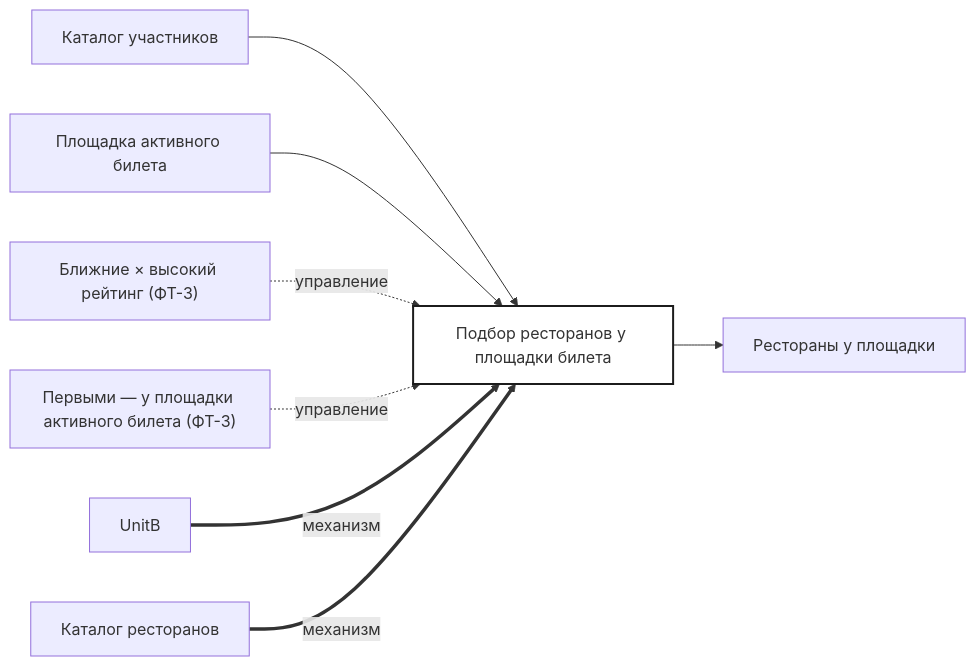
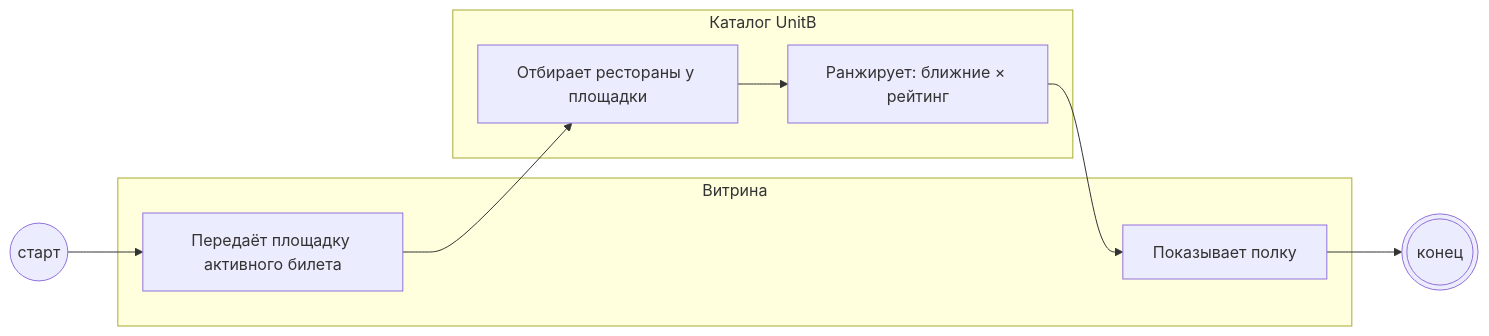
One commit to po-helper-org/poh-bft-writer changed the diagram in skills/bft-blueprint/examples/dineclub-restart-blueprint/backlog/tasks/bp-6.1 - Подбор-ресторанов-у-площадки-билета.md. Above: the diagram before and after it, drawn with Mermaid. The commit also changed other lines of this file and 60 other files, not shown here.

````diff
--- a/skills/bft-blueprint/examples/dineclub-restart-blueprint/backlog/tasks/bp-6.1 - Подбор-ресторанов-у-площадки-билета.md
+++ b/skills/bft-blueprint/examples/dineclub-restart-blueprint/backlog/tasks/bp-6.1 - Подбор-ресторанов-у-площадки-билета.md
@@ -27,12 +40,18 @@
 ```mermaid
 flowchart LR
-  A0["Подбор ресторанов у площадки билета"]
-  in1["Каталог участников"] --> A0
-  in2["Площадка активного билета"] --> A0
-  ctl1["Ближние × высокий рейтинг (ФТ-3)"] -. управление .-> A0
-  ctl2["Первыми — у площадки активного билета (ФТ-3)"] -. управление .-> A0
-  mech1["UnitB"] == механизм ==> A0
-  mech2["Каталог ресторанов"] == механизм ==> A0
-  A0 --> out1["Рестораны у площадки"]
-  style A0 fill:#fff,stroke:#1c1c1c,stroke-width:2px
+  S(("старт"))
+  subgraph L1["Витрина"]
+    N1["Передаёт площадку активного билета"]
+    N4["Показывает полку"]
+  end
+  subgraph L2["Каталог UnitB"]
+    N2["Отбирает рестораны у площадки"]
+    N3["Ранжирует: ближние × рейтинг"]
+  end
+  E((("конец")))
+  S --> N1
+  N1 --> N2
+  N2 --> N3
+  N3 --> N4
+  N4 --> E
 ```
````
